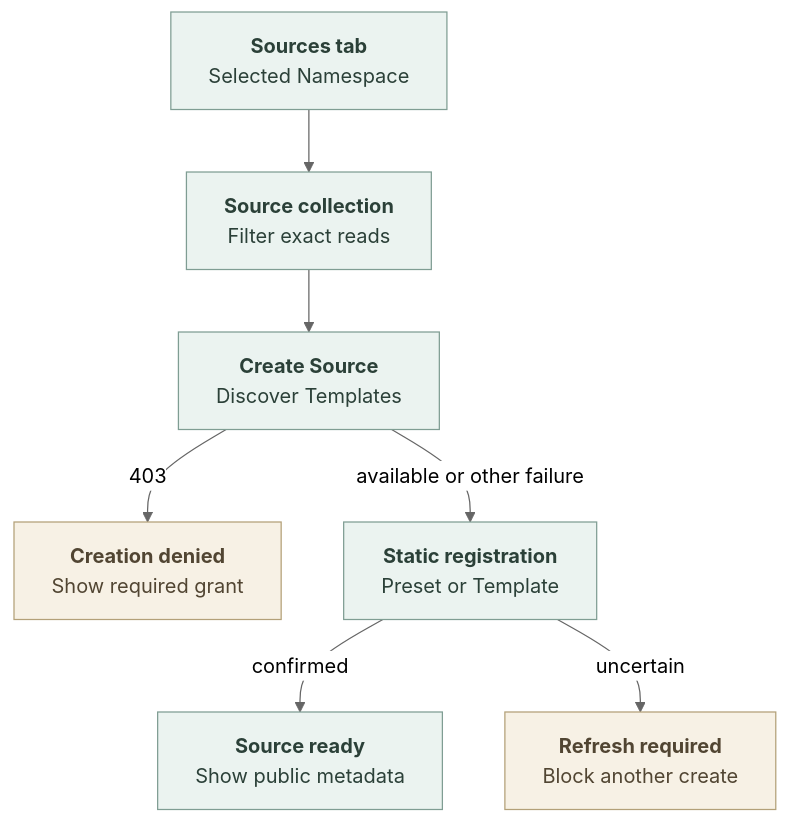
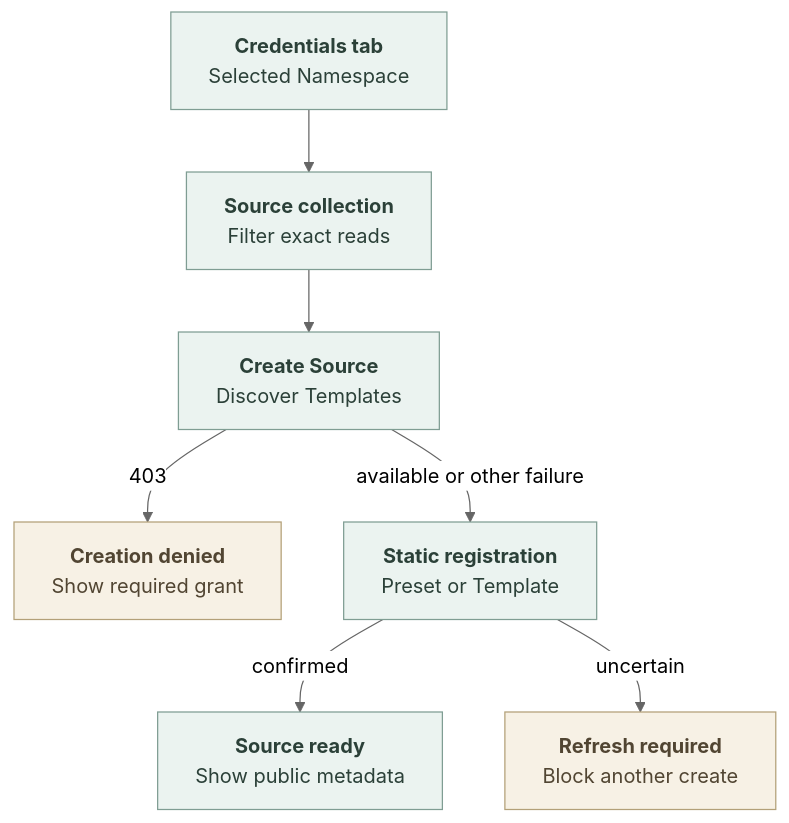
One commit to openclaw/openclaw-enterprise changed the diagram in docs/flows/platform-console/credential-sources.md. Above: the diagram before and after it, drawn with Mermaid (neutral theme). The commit also changed other lines of this file and 25 other files, not shown here.

````diff
--- a/docs/flows/platform-console/credential-sources.md
+++ b/docs/flows/platform-console/credential-sources.md
@@ -21,14 +21,14 @@
 ```mermaid
 graph TD
   %%{init: {"flowchart": {"htmlLabels": true}}}%%
-  A["<b>Sources tab</b><br/>Selected Namespace"] --> B["<b>Source collection</b><br/>Filter exact reads"]
+  A["<b>Credentials tab</b><br/>Selected Namespace"] --> B["<b>Source collection</b><br/>Filter exact reads"]
   B --> C["<b>Create Source</b><br/>Discover Templates"]
   C -->|403| D["<b>Creation denied</b><br/>Show required grant"]
   C -->|available or other failure| E["<b>Static registration</b><br/>Preset or Template"]
   E -->|confirmed| F["<b>Source ready</b><br/>Show public metadata"]
   E -->|uncertain| G["<b>Refresh required</b><br/>Block another create"]
   classDef operation fill:#EBF3F0,stroke:#7F9D93,color:#2B4038,stroke-width:1px
   classDef blocked fill:#F7F1E5,stroke:#B3A078,color:#514532,stroke-width:1px
   class A,B,C,E,F operation
   class D,G blocked
 ```
````
